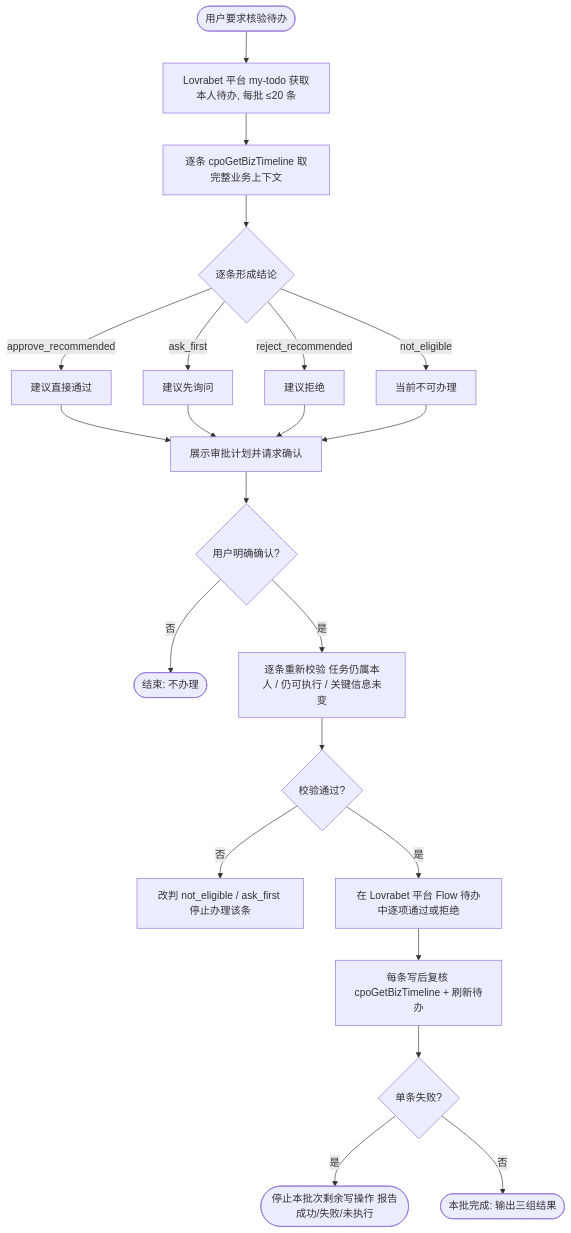
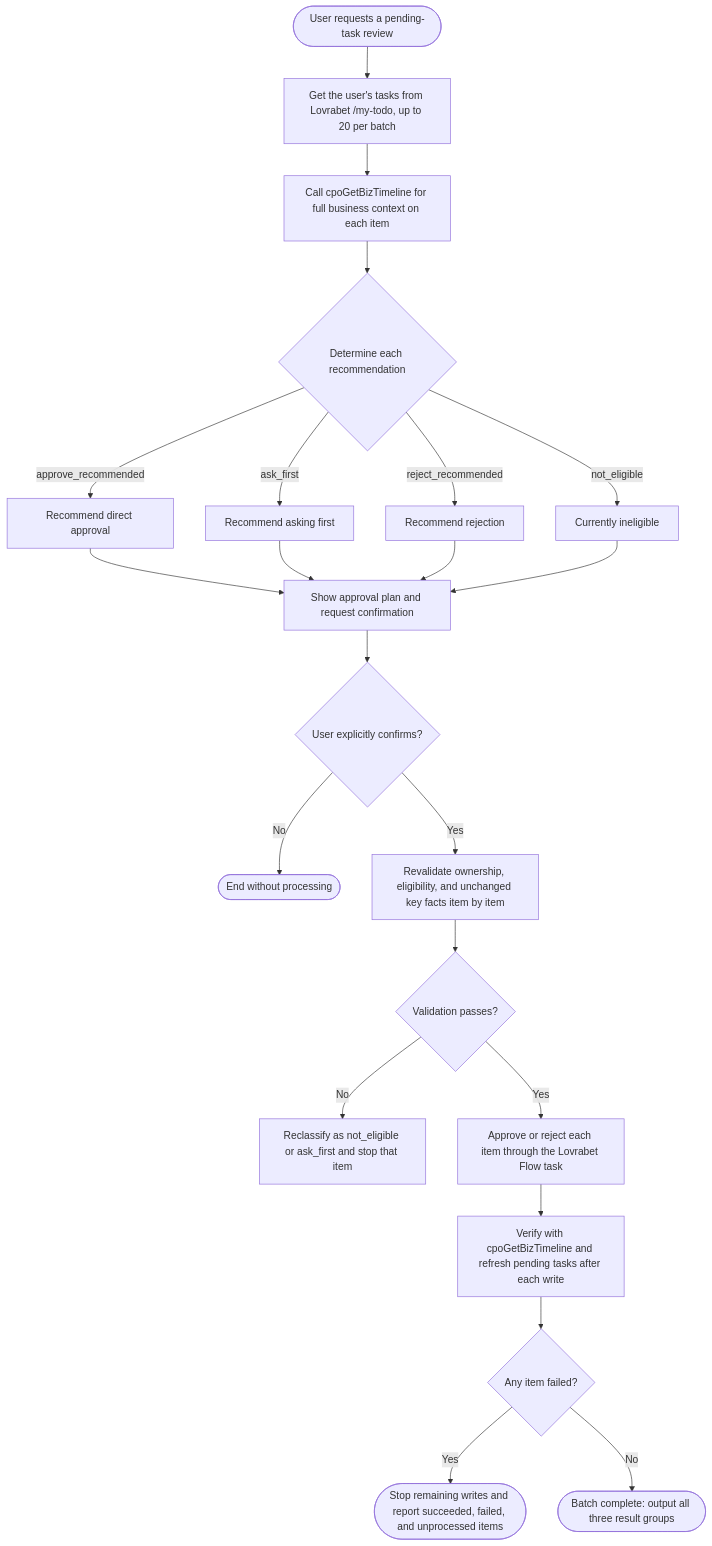
Before and after one commit to lovrabet/ei-demo: the diagram in .agents/skills/cpo-batch-workflow-approval/SKILL.md, drawn with Mermaid. The commit also changed other lines of this file and 80 other files, not shown here.

````diff
--- a/.agents/skills/cpo-batch-workflow-approval/SKILL.md
+++ b/.agents/skills/cpo-batch-workflow-approval/SKILL.md
@@ -22,24 +22,24 @@
 ```mermaid
 flowchart TD
-  Start([用户要求核验待办]) --> P1[Lovrabet 平台 my-todo 获取本人待办, 每批 ≤20 条]
-  P1 --> P2[逐条 cpoGetBizTimeline 取完整业务上下文]
-  P2 --> P3{逐条形成结论}
-  P3 -- approve_recommended --> C1[建议直接通过]
-  P3 -- ask_first --> C2[建议先询问]
-  P3 -- reject_recommended --> C3[建议拒绝]
-  P3 -- not_eligible --> C4[当前不可办理]
-  C1 --> P4[展示审批计划并请求确认]
+  Start([User requests a pending-task review]) --> P1[Get the user's tasks from Lovrabet /my-todo, up to 20 per batch]
+  P1 --> P2[Call cpoGetBizTimeline for full business context on each item]
+  P2 --> P3{Determine each recommendation}
+  P3 -- approve_recommended --> C1[Recommend direct approval]
+  P3 -- ask_first --> C2[Recommend asking first]
+  P3 -- reject_recommended --> C3[Recommend rejection]
+  P3 -- not_eligible --> C4[Currently ineligible]
+  C1 --> P4[Show approval plan and request confirmation]
   C2 --> P4
   C3 --> P4
   C4 --> P4
-  P4 --> P5{用户明确确认?}
-  P5 -- 否 --> E1([结束: 不办理])
-  P5 -- 是 --> P6[逐条重新校验 任务仍属本人 / 仍可执行 / 关键信息未变]
-  P6 --> P7{校验通过?}
-  P7 -- 否 --> P8[改判 not_eligible / ask_first 停止办理该条]
-  P7 -- 是 --> P9[在 Lovrabet 平台 Flow 待办中逐项通过或拒绝]
-  P9 --> P10[每条写后复核 cpoGetBizTimeline + 刷新待办]
-  P10 --> P11{单条失败?}
-  P11 -- 是 --> Stop([停止本批次剩余写操作 报告成功/失败/未执行])
-  P11 -- 否 --> E2([本批完成: 输出三组结果])
+  P4 --> P5{User explicitly confirms?}
+  P5 -- No --> E1([End without processing])
+  P5 -- Yes --> P6[Revalidate ownership, eligibility, and unchanged key facts item by item]
+  P6 --> P7{Validation passes?}
+  P7 -- No --> P8[Reclassify as not_eligible or ask_first and stop that item]
+  P7 -- Yes --> P9[Approve or reject each item through the Lovrabet Flow task]
+  P9 --> P10[Verify with cpoGetBizTimeline and refresh pending tasks after each write]
+  P10 --> P11{Any item failed?}
+  P11 -- Yes --> Stop([Stop remaining writes and report succeeded, failed, and unprocessed items])
+  P11 -- No --> E2([Batch complete: output all three result groups])
 ```
````
